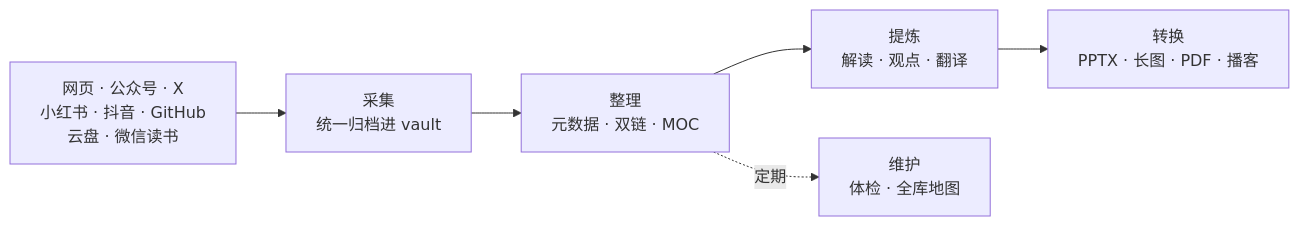
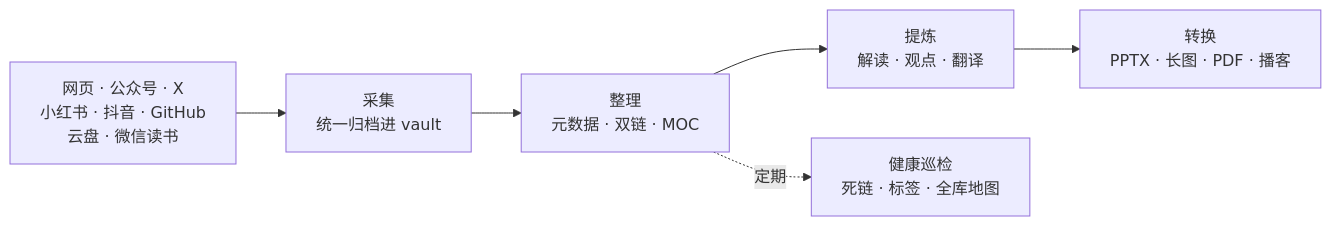
Before and after one commit to soia-team/soia-open-pkm-vault-skills: the diagram in README.md, drawn with Mermaid. The commit also changed other lines of this file and 92 other files, not shown here.

````diff
--- a/README.md
+++ b/README.md
@@ -29,8 +29,8 @@
 ```mermaid
 flowchart LR
     A["网页 · 公众号 · X<br/>小红书 · 抖音 · GitHub<br/>云盘 · 微信读书"] --> B["采集<br/>统一归档进 vault"]
     B --> C["整理<br/>元数据 · 双链 · MOC"]
     C --> D["提炼<br/>解读 · 观点 · 翻译"]
     D --> E["转换<br/>PPTX · 长图 · PDF · 播客"]
-    C -.定期.-> F["维护<br/>体检 · 全库地图"]
+    C -.定期.-> F["健康巡检<br/>死链 · 标签 · 全库地图"]
 ```
````
